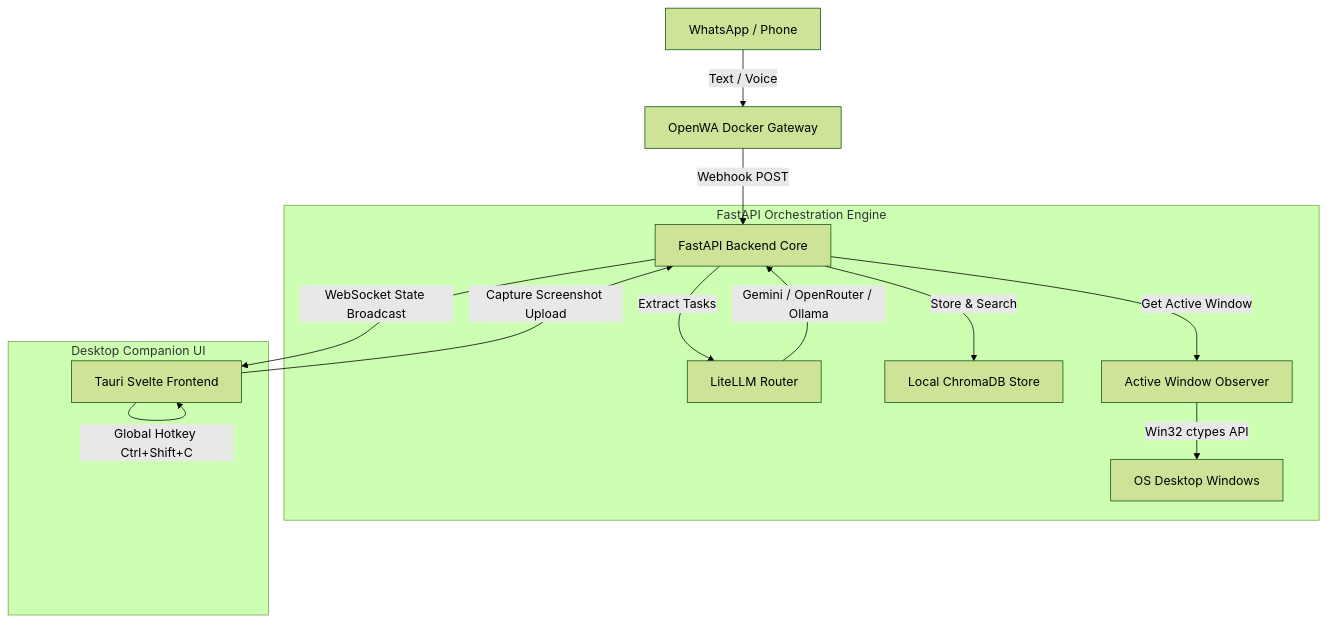
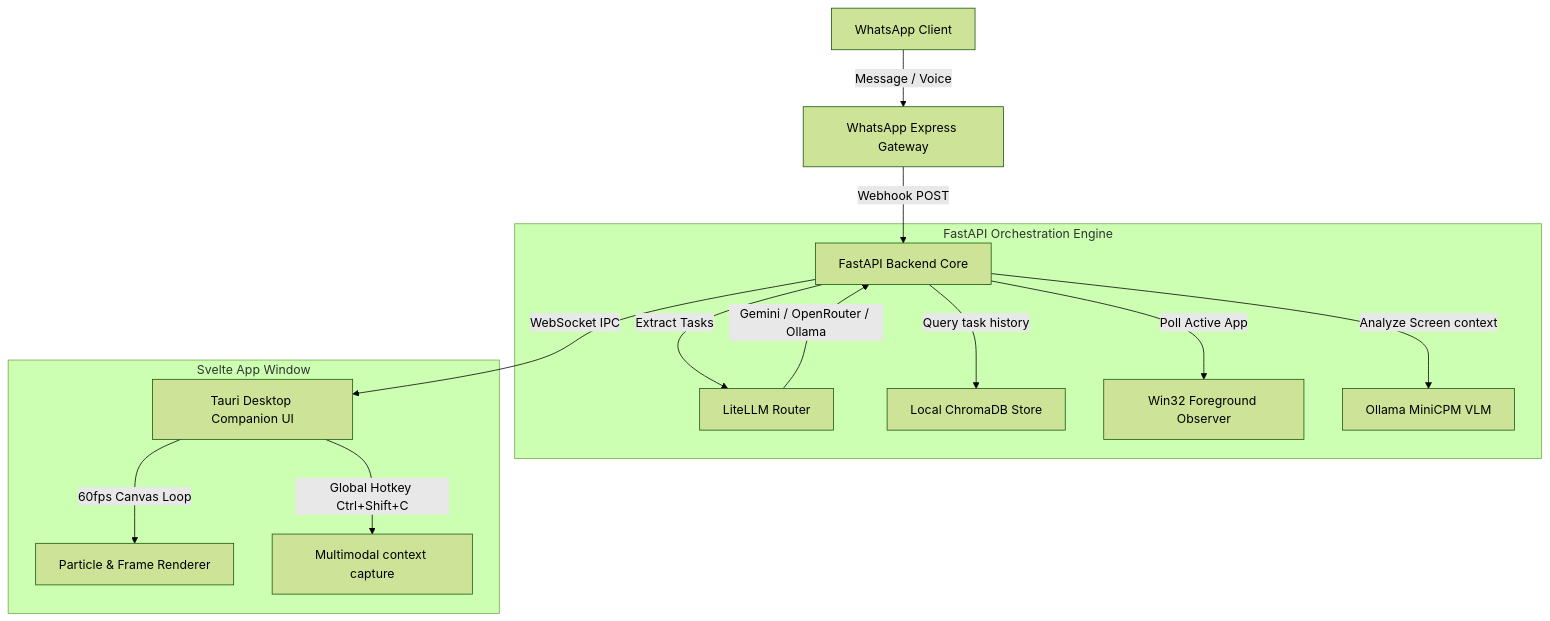
Before and after one commit to ASIKKANI/Antenna: the diagram in README.md, drawn with Mermaid (forest theme). The commit also changed other lines of this file and 28 other files, not shown here.

````diff
--- a/README.md
+++ b/README.md
@@ -45,20 +70,20 @@
 ```mermaid
 graph TD
-    User[WhatsApp / Phone] -->|Text / Voice| Gateway[OpenWA Docker Gateway]
-    Gateway -->|Webhook POST| FastAPI[FastAPI Backend Core]
+    User[WhatsApp Client] -->|Message / Voice| GW[WhatsApp Express Gateway]
+    GW -->|Webhook POST| FastAPI[FastAPI Backend Core]
     
     subgraph FastAPI Orchestration Engine
         FastAPI -->|Extract Tasks| Router[LiteLLM Router]
         Router -->|Gemini / OpenRouter / Ollama| FastAPI
-        FastAPI -->|Store & Search| Chroma[Local ChromaDB Store]
-        FastAPI -->|Get Active Window| Sentinel[Active Window Observer]
-        Sentinel -->|Win32 ctypes API| Win[OS Desktop Windows]
+        FastAPI -->|Query task history| Chroma[Local ChromaDB Store]
+        FastAPI -->|Poll Active App| Sentinel[Win32 Foreground Observer]
+        FastAPI -->|Analyze Screen context| VLM[Ollama MiniCPM VLM]
     end
     
-    FastAPI -->|WebSocket State Broadcast| Tauri[Tauri Svelte Frontend]
+    FastAPI -->|WebSocket IPC| Tauri[Tauri Desktop Companion UI]
     
-    subgraph Desktop Companion UI
-        Tauri -->|Global Hotkey Ctrl+Shift+C| Tauri
-        Tauri -->|Capture Screenshot Upload| FastAPI
+    subgraph Svelte App Window
+        Tauri -->|60fps Canvas Loop| Render[Particle & Frame Renderer]
+        Tauri -->|Global Hotkey Ctrl+Shift+C| Hotkey[Multimodal context capture]
     end
 ```
````
